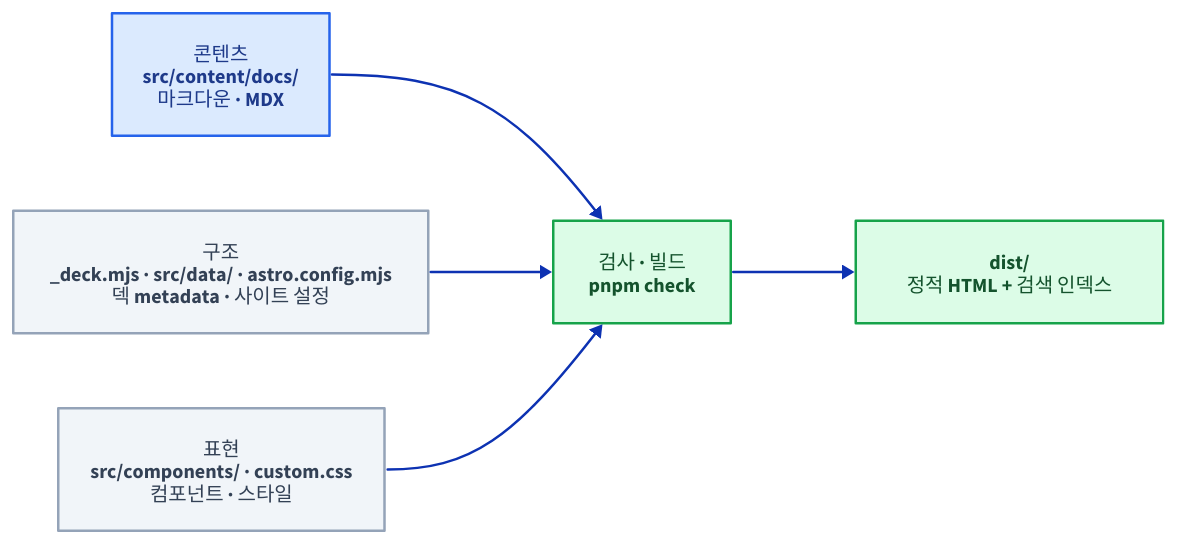
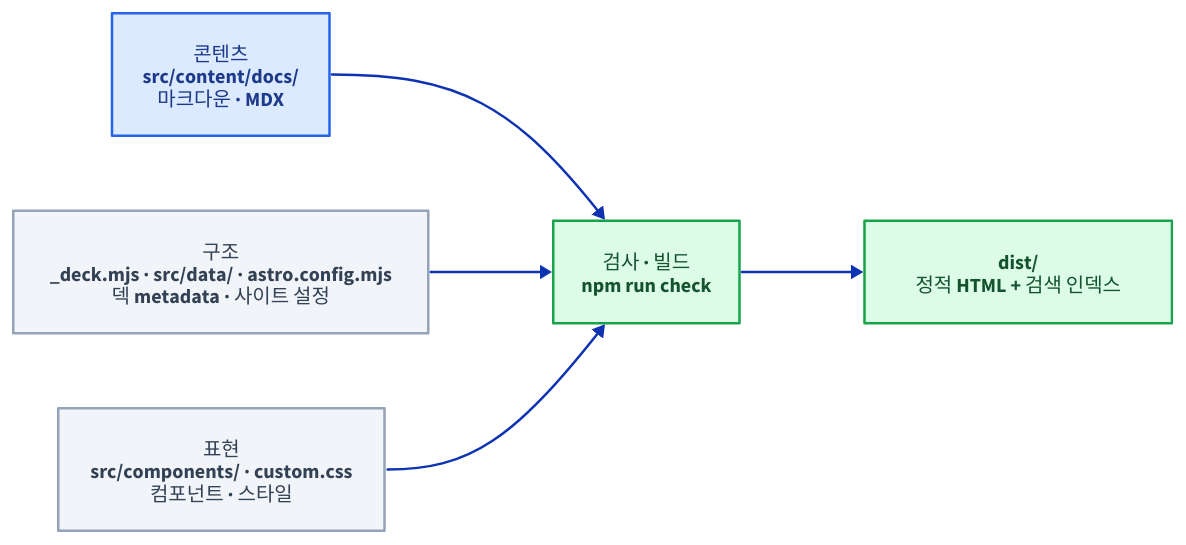
The diagram in src/content/docs/starlight/intro.mdx (mechurak/study-starlight), drawn with D2 before and after one commit. The commit also changed other lines of this file and 29 other files, not shown here.

First line of the commit message:
build: migrate from pnpm to npm

````diff
--- a/src/content/docs/starlight/intro.mdx
+++ b/src/content/docs/starlight/intro.mdx
@@ -94,38 +94,38 @@
-```d2 title="콘텐츠·구조·표현 세 층이 각각 pnpm check를 거쳐 정적 산출물 dist/가 되는 흐름"
+```d2 title="콘텐츠·구조·표현 세 층이 각각 npm run check를 거쳐 정적 산출물 dist/가 되는 흐름"
 direction: right
 
 classes: {
   key: {
     style: {
       fill: "#dbeafe"
       stroke: "#2563eb"
       font-color: "#1e3a8a"
     }
   }
   mute: {
     style: {
       fill: "#f1f5f9"
       stroke: "#94a3b8"
       font-color: "#334155"
     }
   }
   ok: {
     style: {
       fill: "#dcfce7"
       stroke: "#16a34a"
       font-color: "#14532d"
     }
   }
 }
 
 content: "콘텐츠\nsrc/content/docs/\n마크다운 · MDX" { class: key }
 structure: "구조\n_deck.mjs · src/data/ · astro.config.mjs\n덱 metadata · 사이트 설정" { class: mute }
 presentation: "표현\nsrc/components/ · custom.css\n컴포넌트 · 스타일" { class: mute }
-check: "검사 · 빌드\npnpm check" { class: ok }
+check: "검사 · 빌드\nnpm run check" { class: ok }
 dist: "dist/\n정적 HTML + 검색 인덱스" { class: ok }
 
 content -> check
 structure -> check
 presentation -> check
 check -> dist
 ```
````
